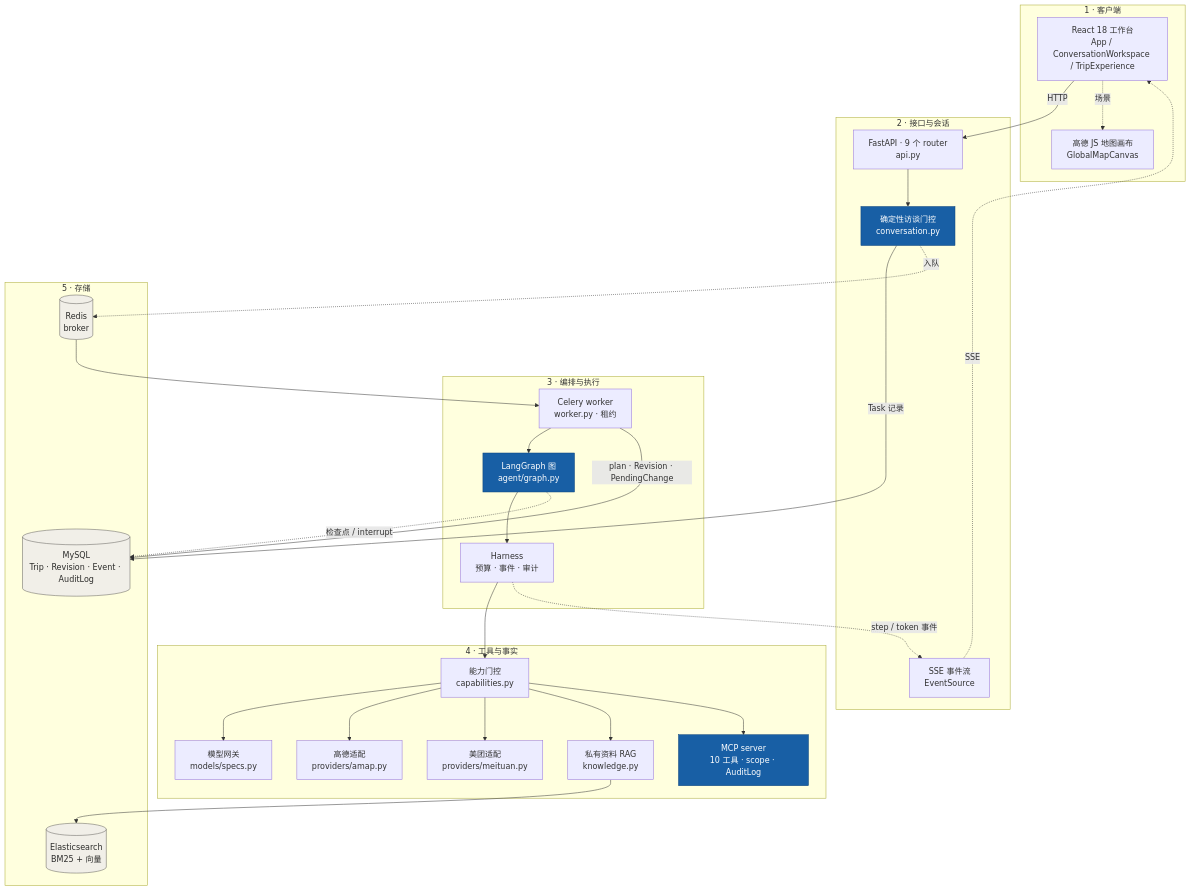
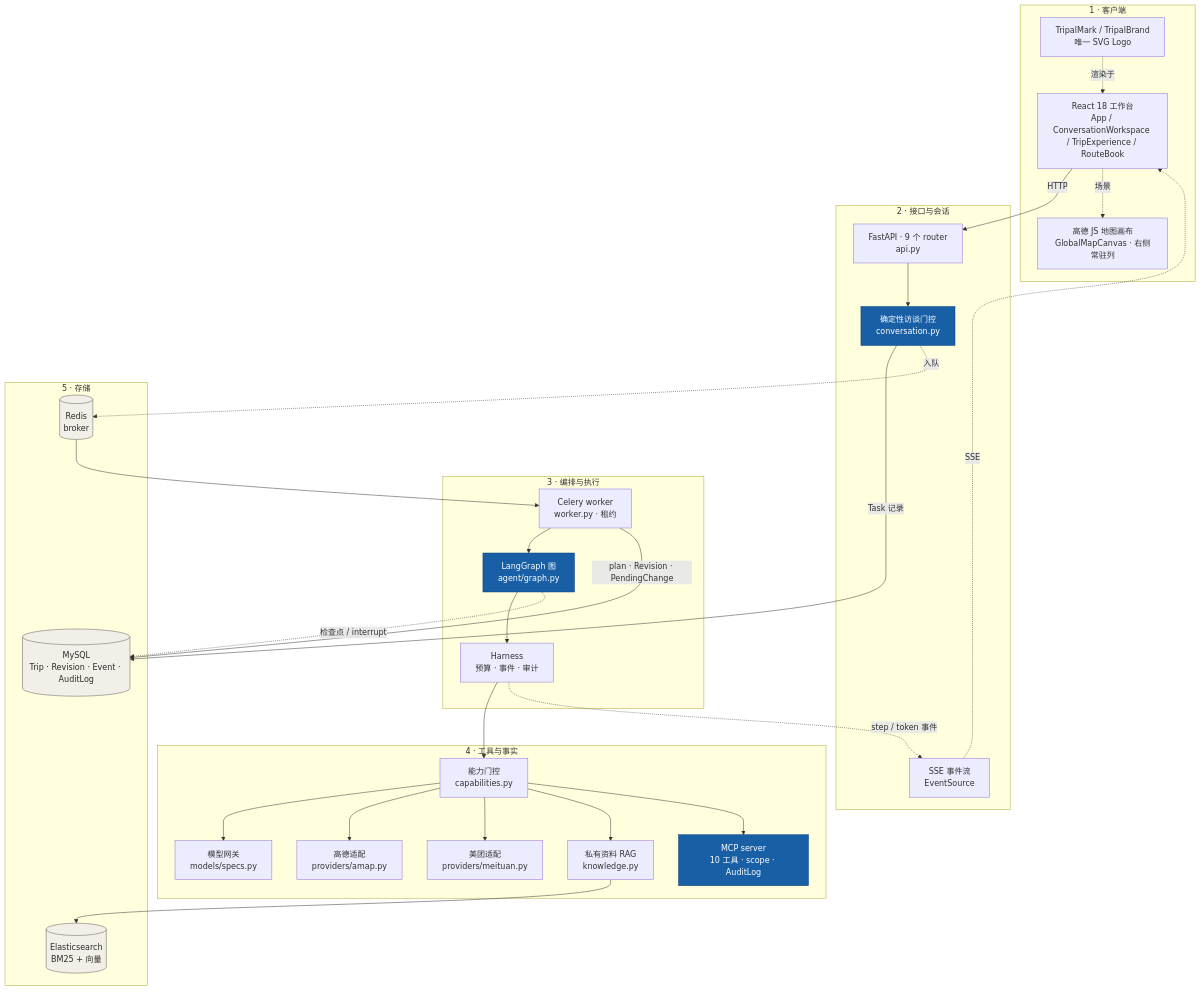
The first of 4 diagrams in README.zh-CN.md (JingleiCui/TripPal), drawn with Mermaid before and after one commit. The commit also changed other lines of this file and 2 other files, not shown here.

````diff
--- a/README.zh-CN.md
+++ b/README.zh-CN.md
@@ -111,49 +139,51 @@
 ```mermaid
 flowchart TB
   subgraph L1["1 · 客户端"]
-    UI["React 18 工作台<br/>App / ConversationWorkspace / TripExperience"]
-    MAP["高德 JS 地图画布<br/>GlobalMapCanvas"]
+    UI["React 18 工作台<br/>App / ConversationWorkspace / TripExperience / RouteBook"]
+    MAP["高德 JS 地图画布<br/>GlobalMapCanvas · 右侧常驻列"]
+    BRAND["TripalMark / TripalBrand<br/>唯一 SVG Logo"]
   end
   subgraph L2["2 · 接口与会话"]
     GATE["确定性访谈门控<br/>conversation.py"]
     API["FastAPI · 9 个 router<br/>api.py"]
     SSE["SSE 事件流<br/>EventSource"]
   end
   subgraph L3["3 · 编排与执行"]
     W["Celery worker<br/>worker.py · 租约"]
     GRAPH["LangGraph 图<br/>agent/graph.py"]
     H["Harness<br/>预算 · 事件 · 审计"]
   end
   subgraph L4["4 · 工具与事实"]
     GW["模型网关<br/>models/specs.py"]
     AM["高德适配<br/>providers/amap.py"]
     MT["美团适配<br/>providers/meituan.py"]
     KB["私有资料 RAG<br/>knowledge.py"]
     MCP["MCP server<br/>10 工具 · scope · AuditLog"]
     CAP["能力门控<br/>capabilities.py"]
   end
   subgraph L5["5 · 存储"]
     MY[("MySQL<br/>Trip · Revision · Event · AuditLog")]
     RD[("Redis<br/>broker")]
     ES[("Elasticsearch<br/>BM25 + 向量")]
   end
   UI -->|HTTP| API
   UI -.->|场景| MAP
+  BRAND -.->|渲染于| UI
   API --> GATE
   GATE -->|Task 记录| MY
   GATE -.->|入队| RD
   RD --> W
   W --> GRAPH
   GRAPH --> H
   H --> CAP
   CAP --> GW & AM & MT & KB & MCP
   KB --> ES
   W -->|plan · Revision · PendingChange| MY
   H -.->|step / token 事件| SSE
   SSE -.->|SSE| UI
   GRAPH -.->|检查点 / interrupt| MY
   classDef accent fill:#185FA5,stroke:#0C447C,color:#FFFFFF
   classDef storage fill:#F1EFE8,stroke:#5F5E5A,color:#2C2C2A
   class GATE,GRAPH,MCP accent
   class MY,RD,ES storage
 ```
````
